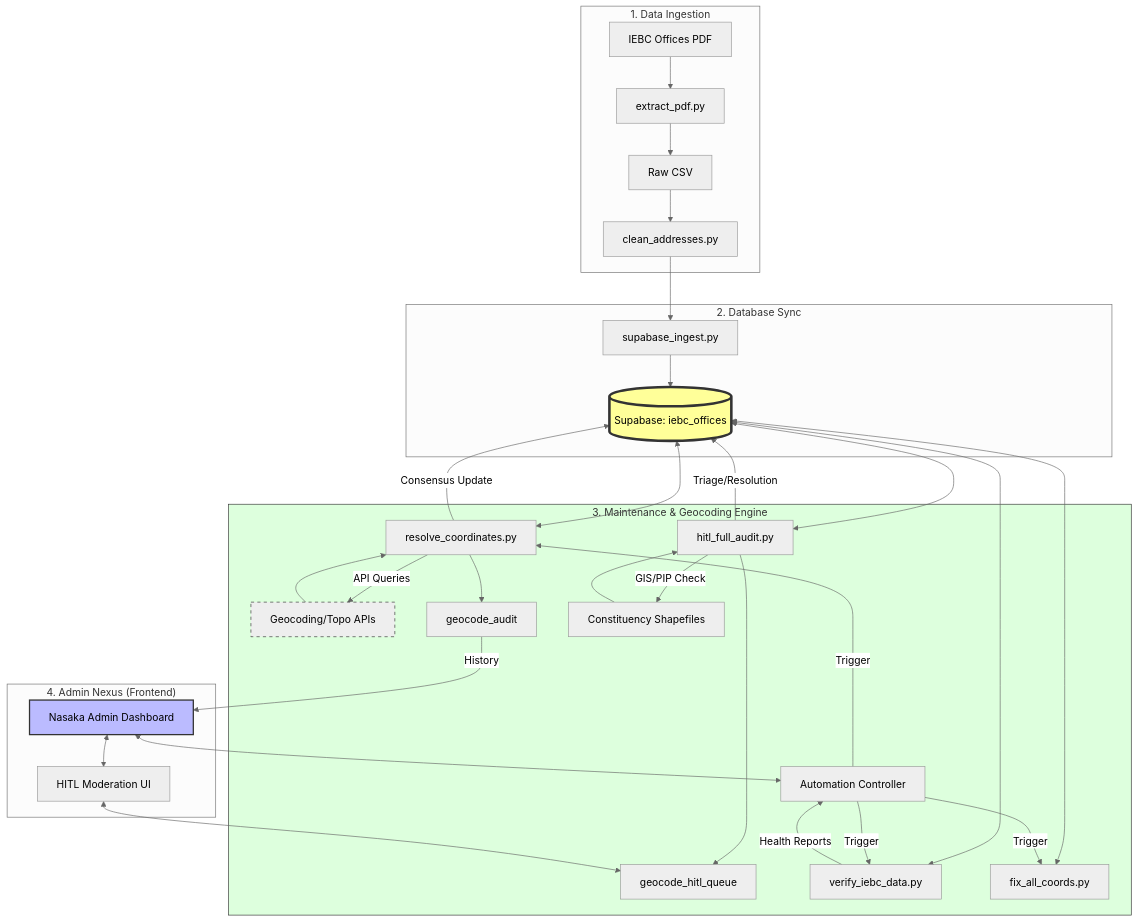
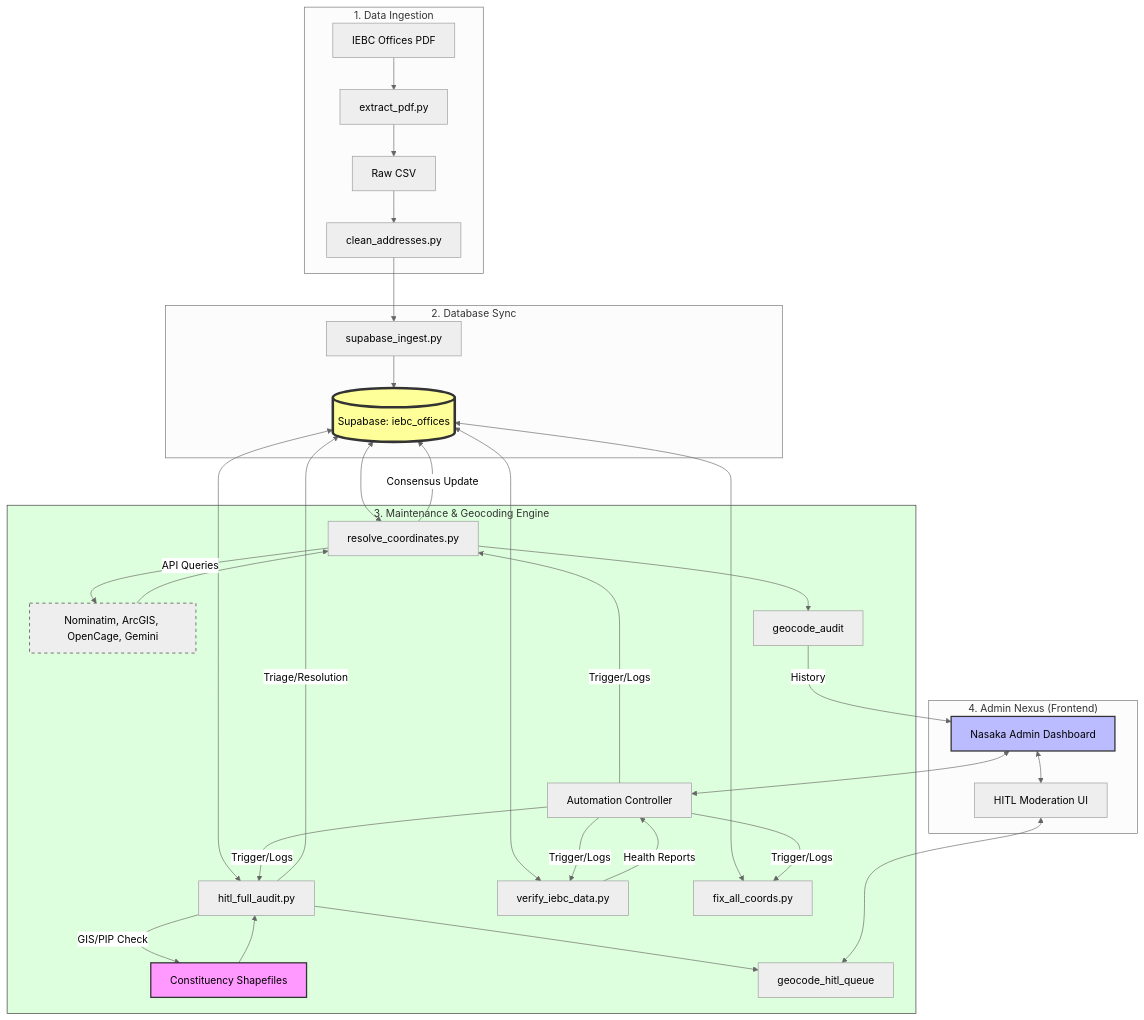
One commit to saemscodes/Nasaka-IEBC changed the diagram in PIPELINE_GUIDE.md. Above: the diagram before and after it, drawn with Mermaid (neutral theme). The commit also changed other lines of this file and 6 other files, not shown here.

````diff
--- a/PIPELINE_GUIDE.md
+++ b/PIPELINE_GUIDE.md
@@ -9,52 +9,54 @@
 ```mermaid
 graph TD
     subgraph RawData["1. Data Ingestion"]
         PDF[IEBC Offices PDF] --> EX[extract_pdf.py]
         CSV_RAW[Raw CSV] --> CA[clean_addresses.py]
         EX --> CSV_RAW
     end
 
     subgraph Ingestion["2. Database Sync"]
         CA --> SI[supabase_ingest.py]
         SI --> DB[(Supabase: iebc_offices)]
     end
 
     subgraph Maintenance["3. Maintenance & Geocoding Engine"]
         DB <--> RC[resolve_coordinates.py]
-        RC -- "API Queries" --> APIs[Geocoding/Topo APIs]
+        RC -- "API Queries" --> APIs[Nominatim, ArcGIS, OpenCage, Gemini]
         APIs --> RC
         RC --> GT[geocode_audit]
         
         DB <--> HFA[hitl_full_audit.py]
         HFA -- "GIS/PIP Check" --> SHP[Constituency Shapefiles]
         SHP --> HFA
         HFA --> HQ[geocode_hitl_queue]
         
         DB <--> VID[verify_iebc_data.py]
         VID -- "Health Reports" --> AR[AutomationRunner]
         
         DB <--> FAC[fix_all_coords.py]
     end
 
     subgraph Frontend["4. Admin Nexus (Frontend)"]
         AN[Nasaka Admin Dashboard]
         AN <--> AR[Automation Controller]
-        AR -- "Trigger" --> RC
-        AR -- "Trigger" --> VID
-        AR -- "Trigger" --> FAC
+        AR -- "Trigger/Logs" --> RC
+        AR -- "Trigger/Logs" --> VID
+        AR -- "Trigger/Logs" --> FAC
+        AR -- "Trigger/Logs" --> HFA
         
         AN <--> HM[HITL Moderation UI]
         HM <--> HQ
     end
 
     %% Key Data Flows
     RC -- "Consensus Update" --> DB
     HFA -- "Triage/Resolution" --> DB
     GT -- "History" --> AN
 
     %% Styling
     style DB fill:#ff9,stroke:#333,stroke-width:4px
     style AN fill:#bbf,stroke:#333,stroke-width:2px
     style Maintenance fill:#dfd,stroke:#333,stroke-width:1px
     style APIs fill:#eee,stroke:#333,stroke-dasharray: 5 5
+    style SHP fill:#f9f,stroke:#333,stroke-width:2px
 ```
````
